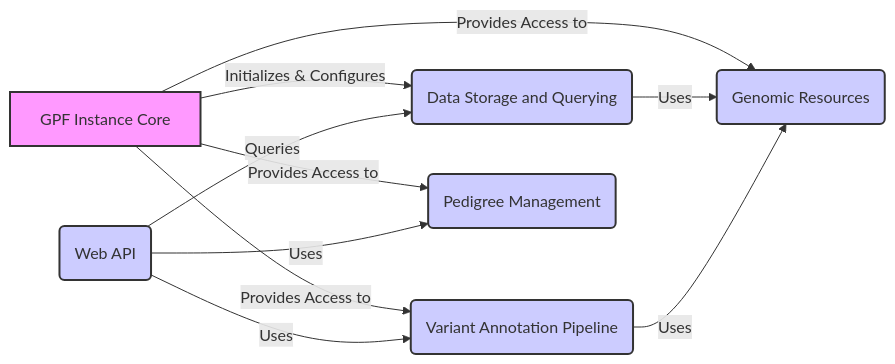
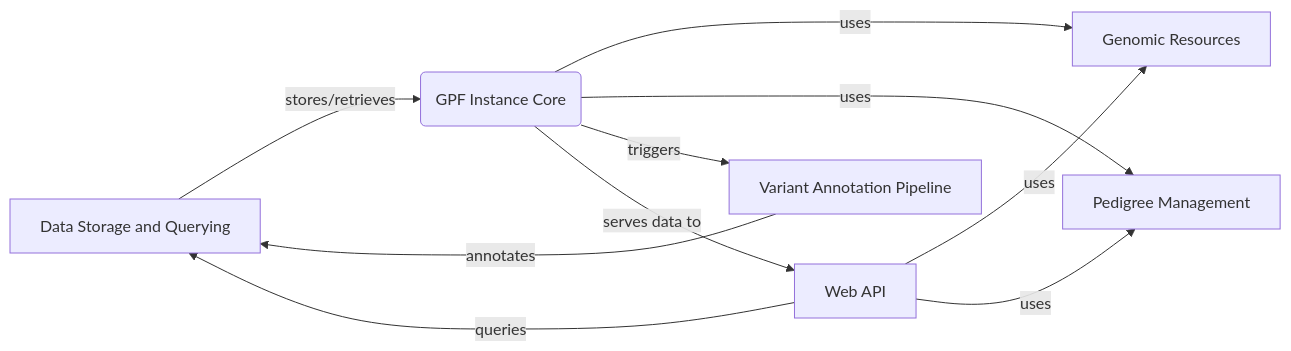
Before and after one commit to CodeBoarding/GeneratedOnBoardings: the diagram in gpf/on_boarding.md, drawn with Mermaid. The commit also changed other lines of this file and 6 other files, not shown here.

````diff
--- a/gpf/on_boarding.md
+++ b/gpf/on_boarding.md
@@ -7,21 +7,12 @@
 ```mermaid
 graph LR
-    A[GPF Instance Core] -- Initializes & Configures --> B(Data Storage and Querying)
-    A -- Provides Access to --> C(Genomic Resources)
-    A -- Provides Access to --> D(Variant Annotation Pipeline)
-    A -- Provides Access to --> E(Pedigree Management)
-    B -- Uses --> C
-    D -- Uses --> C
-    F(Web API) -- Queries --> B
-    F -- Uses --> E
-    F -- Uses --> D
-    style A fill:#f9f,stroke:#333,stroke-width:2px
-    style B fill:#ccf,stroke:#333,stroke-width:2px
-    style C fill:#ccf,stroke:#333,stroke-width:2px
-    style D fill:#ccf,stroke:#333,stroke-width:2px
-    style E fill:#ccf,stroke:#333,stroke-width:2px
-    style F fill:#ccf,stroke:#333,stroke-width:2px
-
-
-
+    A[Data Storage and Querying] -- stores/retrieves --> B(GPF Instance Core)
+    B -- uses --> C[Genomic Resources]
+    B -- uses --> D[Pedigree Management]
+    B -- triggers --> E[Variant Annotation Pipeline]
+    E -- annotates --> A
+    B -- serves data to --> F[Web API]
+    F -- queries --> A
+    F -- uses --> C
+    F -- uses --> D
 ```
````
